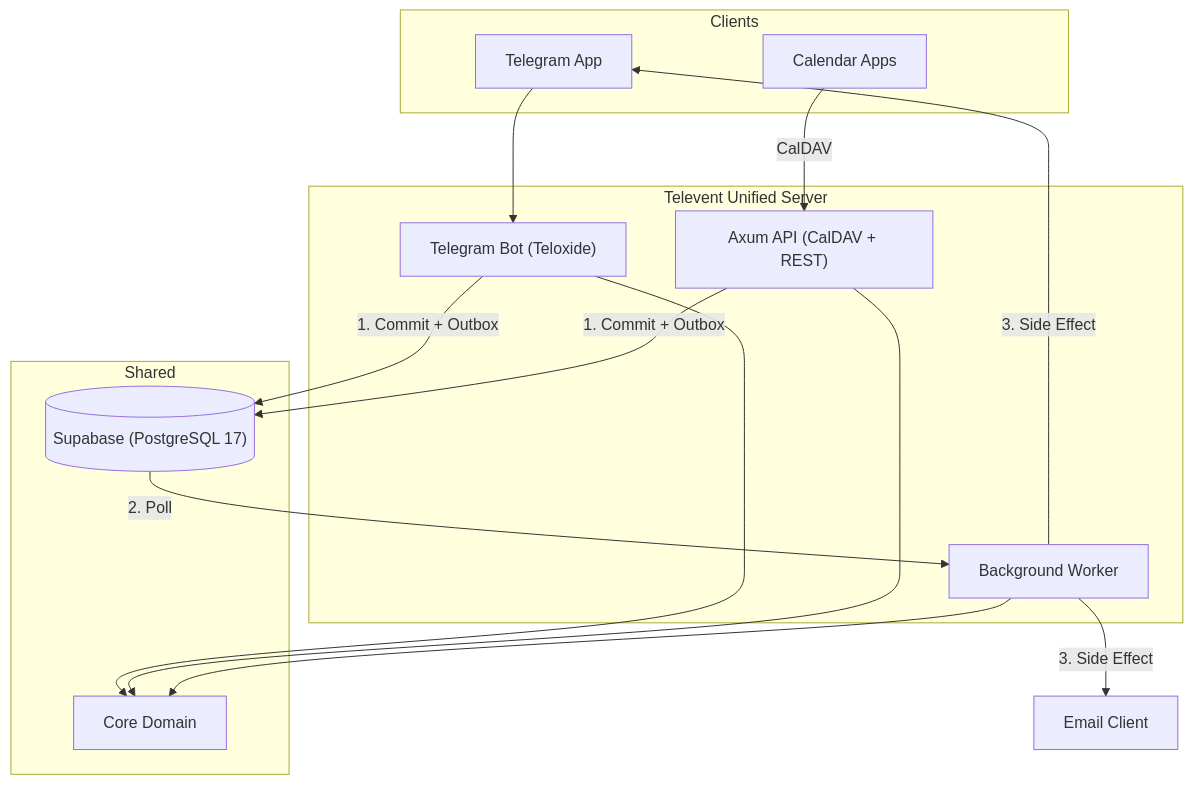
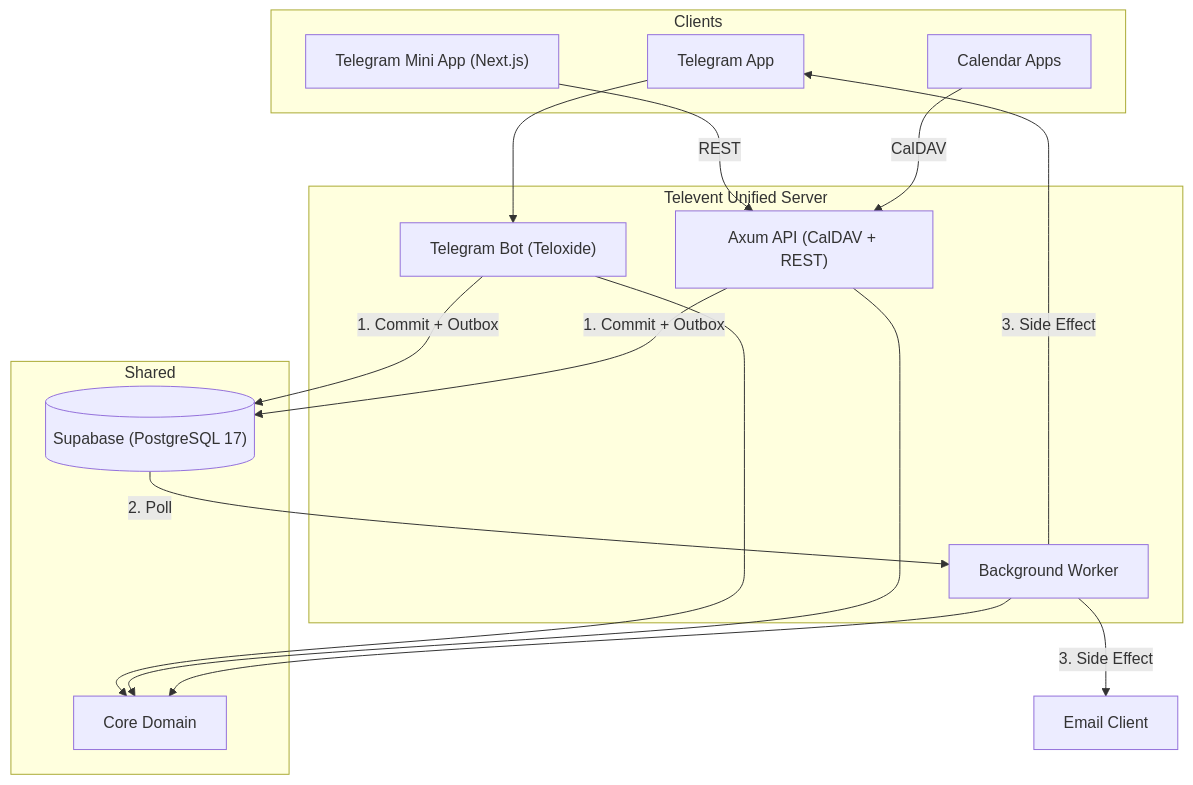
One commit to kirilledition/televent changed the first of 2 diagrams in README.md. Above: the diagram before and after it, drawn with Mermaid. The commit also changed other lines of this file and 12 other files, not shown here.

Commit message:
feat: implement core event and attendee schema updates, introduce a shared crate, and remove outdated documentation.

````diff
--- a/README.md
+++ b/README.md
@@ -11,31 +11,33 @@
 ```mermaid
 flowchart TB
     subgraph Clients
         TG["Telegram App"]
+        TMA["Telegram Mini App (Next.js)"]
         CAL["Calendar Apps"]
     end
 
     subgraph "Televent Unified Server"
         API["Axum API (CalDAV + REST)"]
         BOT["Telegram Bot (Teloxide)"]
         WORKER["Background Worker"]
     end
 
     subgraph Shared
         CORE["Core Domain"]
         DB[("Supabase (PostgreSQL 17)")]
     end
 
     TG --> BOT
+    TMA -->|REST| API
     CAL -->|CalDAV| API
     
     BOT --> CORE
     API --> CORE
     WORKER --> CORE
     
     BOT -->|1. Commit + Outbox| DB
     API -->|1. Commit + Outbox| DB
     DB -->|2. Poll| WORKER
     WORKER -->|3. Side Effect| TG
     WORKER -->|3. Side Effect| EMAIL["Email Client"]
 ```
````
